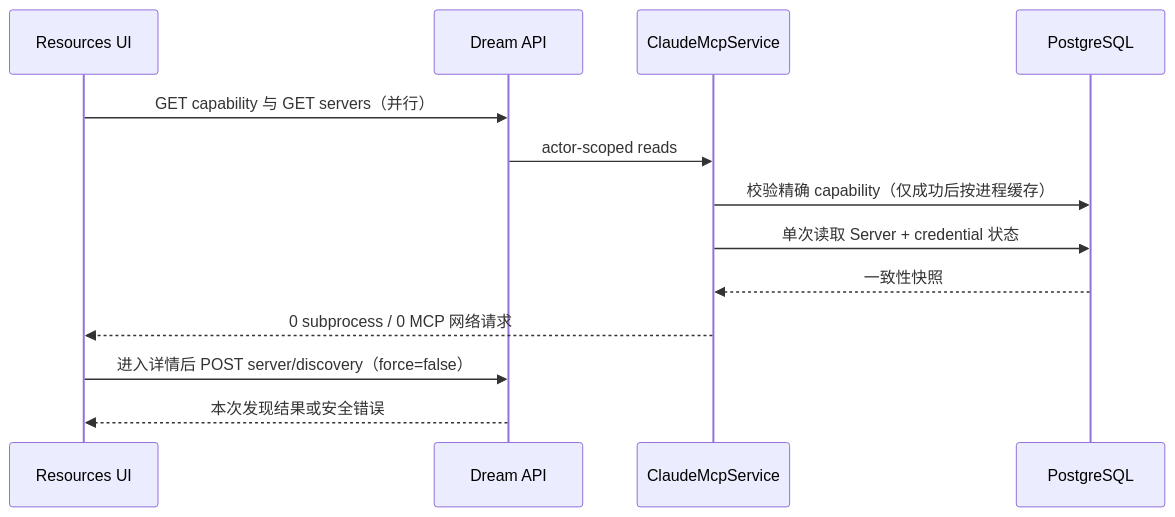
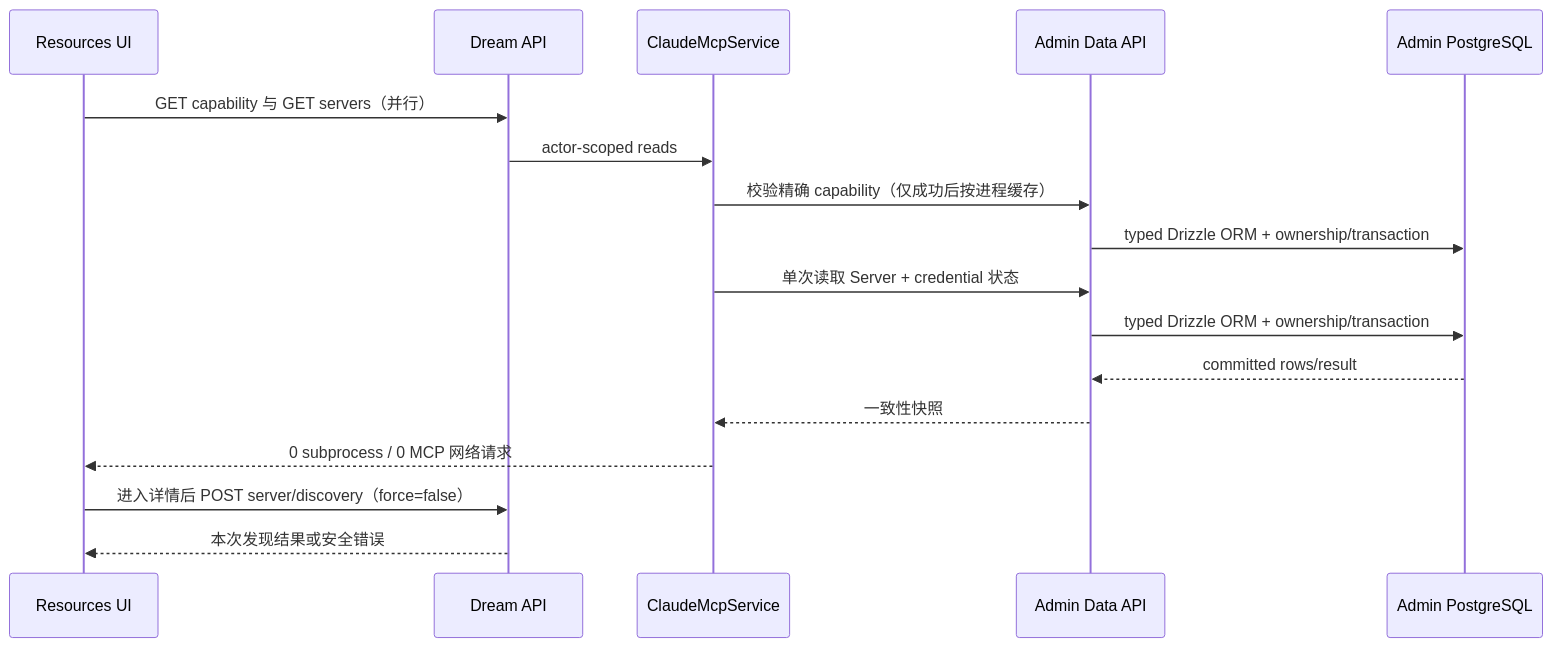
One commit to glide-the/im-dream changed the third of 12 diagrams in docs/design/claude-agent/dream-managed-mcp-resources.md. Above: the diagram before and after it, drawn with Mermaid. The commit also changed other lines of this file and 30 other files, not shown here.

````diff
--- a/docs/design/claude-agent/dream-managed-mcp-resources.md
+++ b/docs/design/claude-agent/dream-managed-mcp-resources.md
@@ -133,15 +169,19 @@
 ```mermaid
 sequenceDiagram
     participant UI as Resources UI
     participant API as Dream API
     participant S as ClaudeMcpService
-    participant DB as PostgreSQL
+    participant Admin as Admin Data API
+    participant DB as Admin PostgreSQL
     UI->>API: GET capability 与 GET servers（并行）
     API->>S: actor-scoped reads
-    S->>DB: 校验精确 capability（仅成功后按进程缓存）
-    S->>DB: 单次读取 Server + credential 状态
-    DB-->>S: 一致性快照
+    S->>Admin: 校验精确 capability（仅成功后按进程缓存）
+    Admin->>DB: typed Drizzle ORM + ownership/transaction
+    S->>Admin: 单次读取 Server + credential 状态
+    Admin->>DB: typed Drizzle ORM + ownership/transaction
+    DB-->>Admin: committed rows/result
+    Admin-->>S: 一致性快照
     S-->>UI: 0 subprocess / 0 MCP 网络请求
     UI->>API: 进入详情后 POST server/discovery（force=false）
     API-->>UI: 本次发现结果或安全错误
 ```
````
